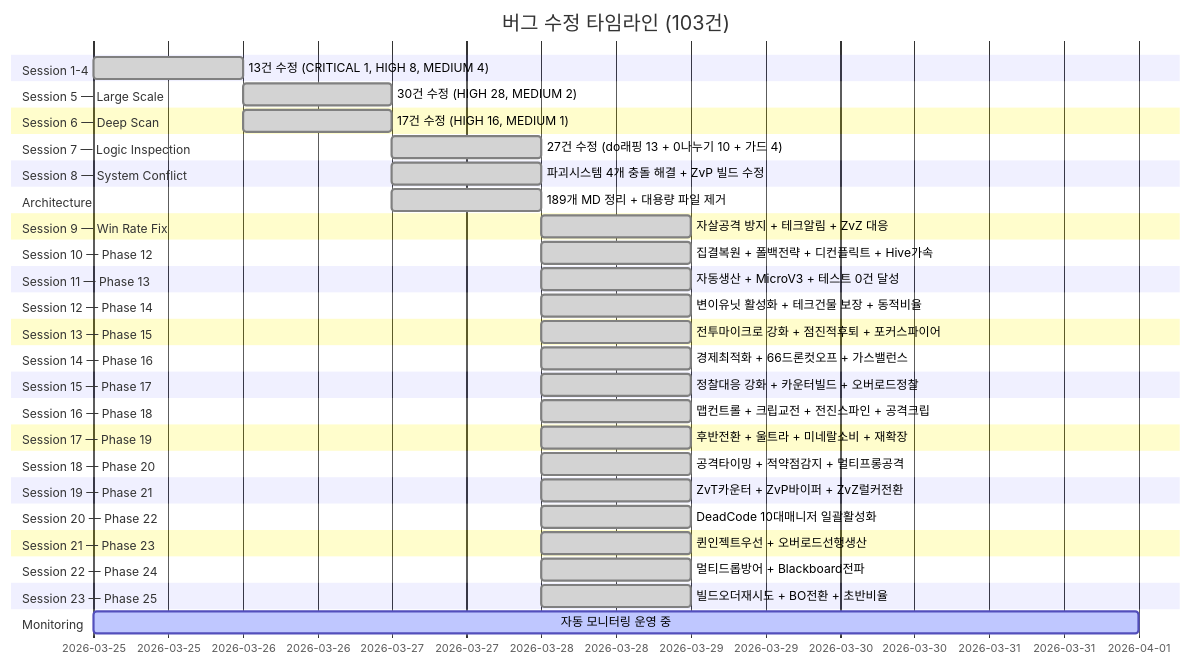
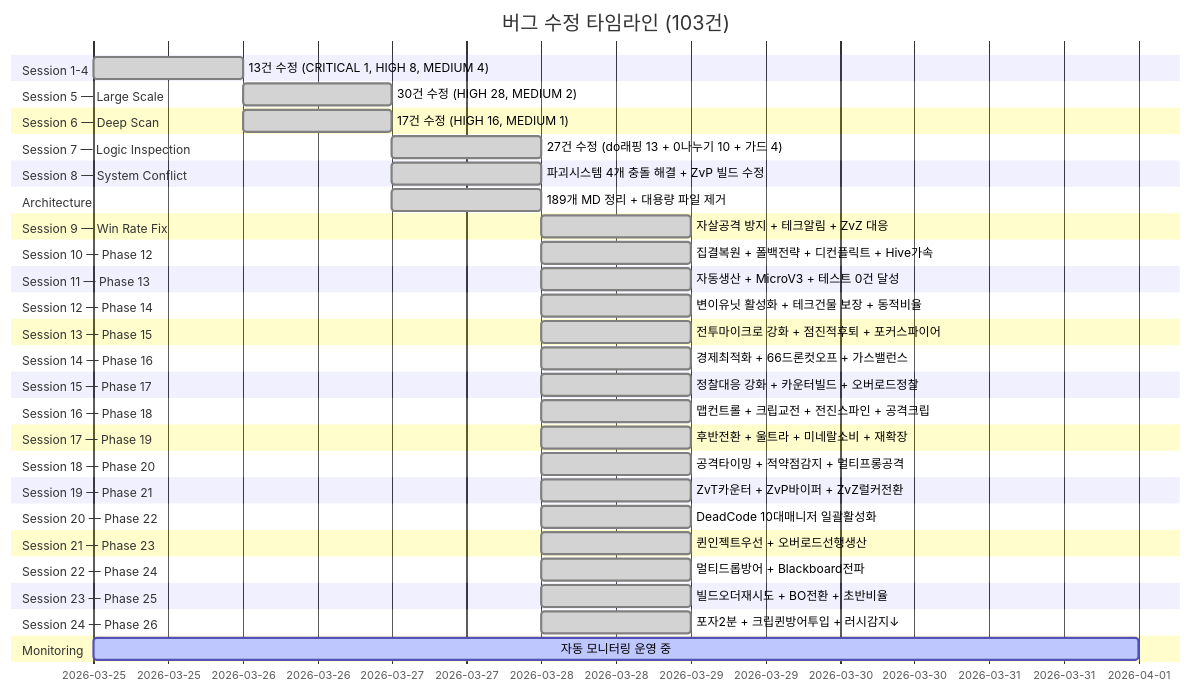
Diagram 23 of 31 in README.md (sun475300-sudo/Swarm-control-in-sc2bot), drawn with Mermaid before and after one commit. The commit also changed other lines of this file and 4 other files, not shown here.

Commit message:
feat: Phase 26 방어 강화 — 포자2분선행 + 크립퀸방어투입 + 러시감지하향

````diff
--- a/README.md
+++ b/README.md
@@ -633,49 +633,51 @@
 ```mermaid
 gantt
     title 버그 수정 타임라인 (103건)
     dateFormat YYYY-MM-DD
     section Session 1-4
         13건 수정 (CRITICAL 1, HIGH 8, MEDIUM 4)   :done, s1, 2026-03-25, 1d
     section Session 5 — Large Scale
         30건 수정 (HIGH 28, MEDIUM 2)              :done, s5, 2026-03-26, 1d
     section Session 6 — Deep Scan
         17건 수정 (HIGH 16, MEDIUM 1)              :done, s6, 2026-03-26, 1d
     section Session 7 — Logic Inspection
         27건 수정 (do래핑 13 + 0나누기 10 + 가드 4) :done, s7, 2026-03-27, 1d
     section Session 8 — System Conflict
         파괴시스템 4개 충돌 해결 + ZvP 빌드 수정    :done, s8, 2026-03-27, 1d
     section Architecture
         189개 MD 정리 + 대용량 파일 제거            :done, s9, 2026-03-27, 1d
     section Session 9 — Win Rate Fix
         자살공격 방지 + 테크알림 + ZvZ 대응         :done, s10, 2026-03-28, 1d
     section Session 10 — Phase 12
         집결복원 + 폴백전략 + 디컨플릭트 + Hive가속 :done, s11, 2026-03-28, 1d
     section Session 11 — Phase 13
         자동생산 + MicroV3 + 테스트 0건 달성       :done, s12, 2026-03-28, 1d
     section Session 12 — Phase 14
         변이유닛 활성화 + 테크건물 보장 + 동적비율  :done, s13, 2026-03-28, 1d
     section Session 13 — Phase 15
         전투마이크로 강화 + 점진적후퇴 + 포커스파이어 :done, s14, 2026-03-28, 1d
     section Session 14 — Phase 16
         경제최적화 + 66드론컷오프 + 가스밸런스     :done, s15, 2026-03-28, 1d
     section Session 15 — Phase 17
         정찰대응 강화 + 카운터빌드 + 오버로드정찰   :done, s16, 2026-03-28, 1d
     section Session 16 — Phase 18
         맵컨트롤 + 크립교전 + 전진스파인 + 공격크립 :done, s17, 2026-03-28, 1d
     section Session 17 — Phase 19
         후반전환 + 울트라 + 미네랄소비 + 재확장    :done, s18, 2026-03-28, 1d
     section Session 18 — Phase 20
         공격타이밍 + 적약점감지 + 멀티프롱공격     :done, s19, 2026-03-28, 1d
     section Session 19 — Phase 21
         ZvT카운터 + ZvP바이퍼 + ZvZ럴커전환      :done, s20, 2026-03-28, 1d
     section Session 20 — Phase 22
         DeadCode 10대매니저 일괄활성화            :done, s21, 2026-03-28, 1d
     section Session 21 — Phase 23
         퀸인젝트우선 + 오버로드선행생산          :done, s22, 2026-03-28, 1d
     section Session 22 — Phase 24
         멀티드롭방어 + Blackboard전파           :done, s23, 2026-03-28, 1d
     section Session 23 — Phase 25
         빌드오더재시도 + BO전환 + 초반비율     :done, s24, 2026-03-28, 1d
+    section Session 24 — Phase 26
+        포자2분 + 크립퀸방어투입 + 러시감지↓  :done, s25, 2026-03-28, 1d
     section Monitoring
         자동 모니터링 운영 중                        :active, mon, 2026-03-25, 7d
 ```
````
